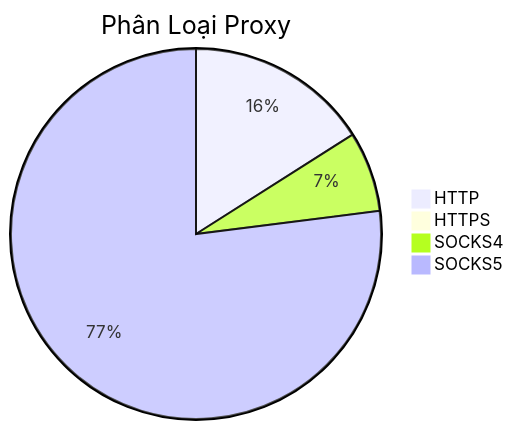
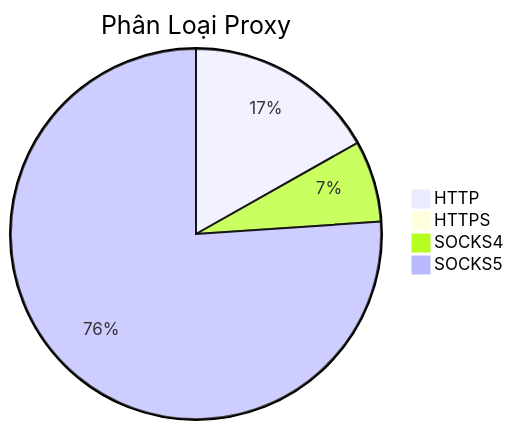
The diagram in README.md (Ciara-Aa/PROXY-free), drawn with Mermaid before and after one commit. The commit also changed other lines of this file and 3 other files, not shown here.

````diff
--- a/README.md
+++ b/README.md
@@ -26,7 +26,7 @@
 ```mermaid
 pie title Phân Loại Proxy
-    "HTTP" : 607
+    "HTTP" : 558
     "HTTPS" : 0
-    "SOCKS4" : 266
-    "SOCKS5" : 2922
+    "SOCKS4" : 236
+    "SOCKS5" : 2524
 ```
````
